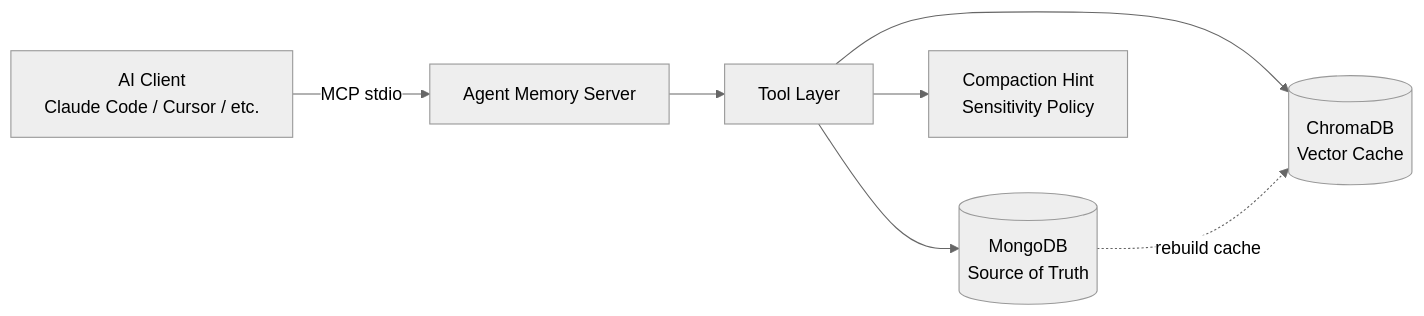
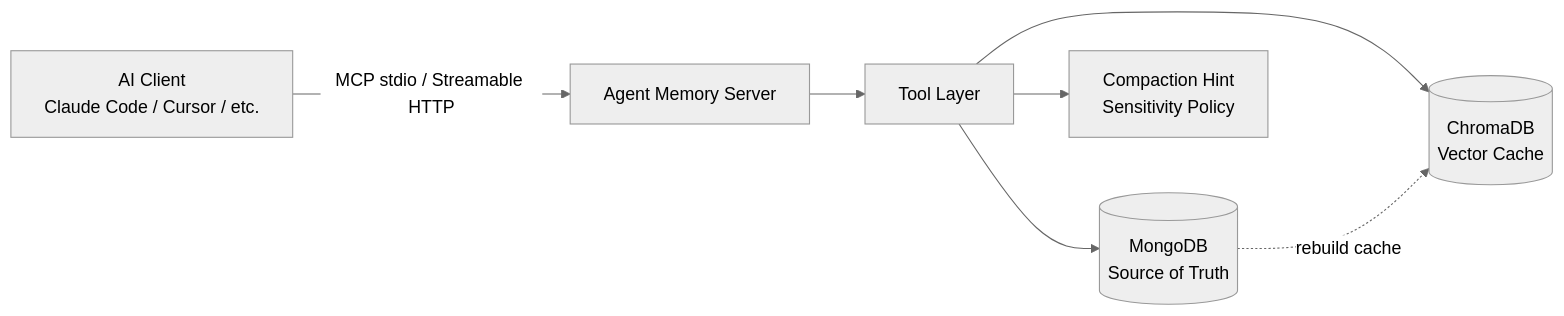
The first of 2 diagrams in README.ko.md (entangelk/agent-memory-system-public), drawn with Mermaid (neutral theme) before and after one commit. The commit also changed other lines of this file and 8 other files, not shown here.

Commit message:
Add streamable HTTP MCP transport

````diff
--- a/README.ko.md
+++ b/README.ko.md
@@ -125,9 +125,9 @@
 ```mermaid
 flowchart LR
-    A[AI Client<br/>Claude Code / Cursor / etc.] -->|MCP stdio| B[Agent Memory Server]
+    A[AI Client<br/>Claude Code / Cursor / etc.] -->|MCP stdio / Streamable HTTP| B[Agent Memory Server]
     B --> C[Tool Layer]
     C --> D[(MongoDB<br/>Source of Truth)]
     C --> E[(ChromaDB<br/>Vector Cache)]
     C --> F[Compaction Hint<br/>Sensitivity Policy]
     D -. rebuild cache .-> E
 ```
````
